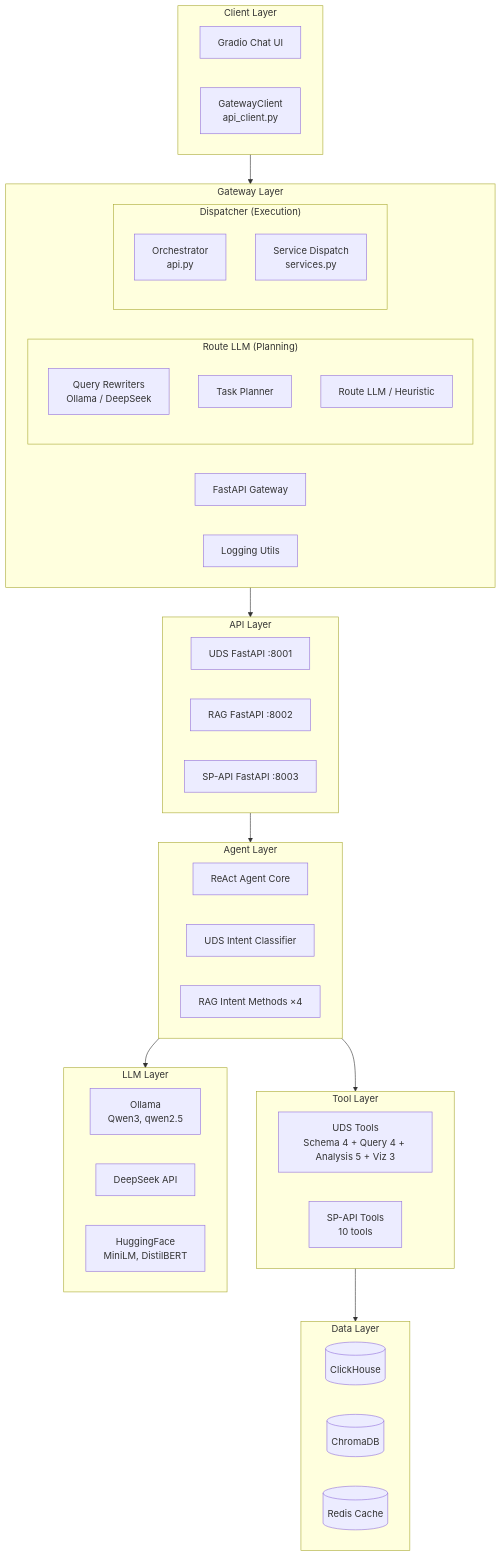
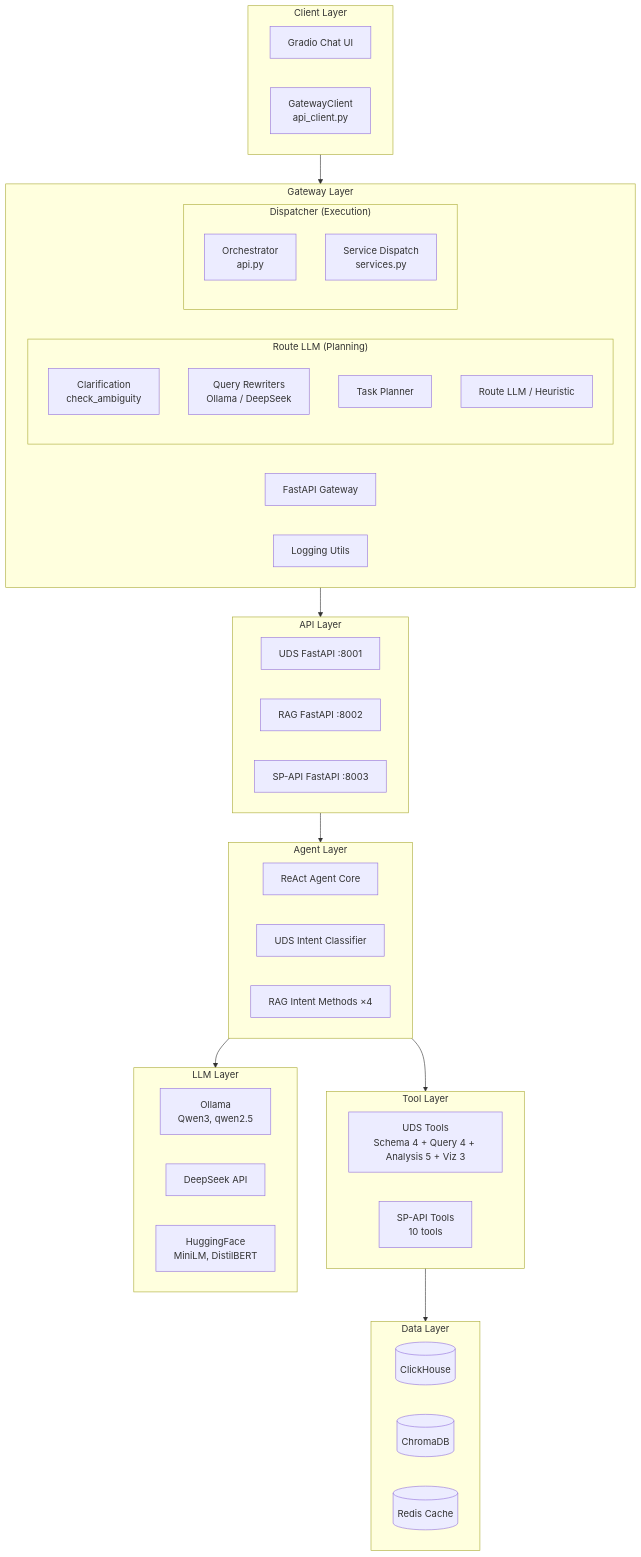
One commit to lenhop/IC-RAG-Agent changed the second of 13 diagrams in docs/FRAMEWORK.md. Above: the diagram before and after it, drawn with Mermaid. The commit also changed other lines of this file and 14 other files, not shown here.

````diff
--- a/docs/FRAMEWORK.md
+++ b/docs/FRAMEWORK.md
@@ -114,54 +114,55 @@
 ```mermaid
 flowchart TB
     subgraph L0["Client Layer"]
         Gradio[Gradio Chat UI]
         APIClient[GatewayClient<br/>api_client.py]
     end
 
     subgraph L1["Gateway Layer"]
         GatewayAPI[FastAPI Gateway]
         subgraph RL["Route LLM (Planning)"]
+            Clarify[Clarification<br/>check_ambiguity]
             Rewriters[Query Rewriters<br/>Ollama / DeepSeek]
             Planner[Planner + Correction]
             RouteLLMMod[Route LLM / Heuristic]
         end
         subgraph Disp["Dispatcher (Execution)"]
             Orch[Orchestrator<br/>api.py]
             Services[Service Dispatch<br/>services.py]
         end
         LogUtils[Logging Utils]
     end
 
     subgraph L2["API Layer"]
         UDS_API[UDS FastAPI :8001]
         RAG_API[RAG FastAPI :8002]
         SP_API[SP-API FastAPI :8003]
     end
 
     subgraph L3["Agent Layer"]
         ReAct[ReAct Agent Core]
         UDS_Intent[UDS Intent Classifier]
         RAG_Intent[RAG Intent Methods ×4]
         Planner[Task Planner]
     end
 
     subgraph L4["Tool Layer"]
         UDS_Tools[UDS Tools<br/>Schema 4 + Query 4 + Analysis 5 + Viz 3]
         SP_Tools[SP-API Tools<br/>10 tools]
     end
 
     subgraph L5["Data Layer"]
         ClickHouse[(ClickHouse)]
         ChromaDB[(ChromaDB)]
         Redis[(Redis Cache)]
     end
 
     subgraph L6["LLM Layer"]
         Ollama[Ollama<br/>Qwen3, qwen2.5]
         DeepSeek[DeepSeek API]
         HF[HuggingFace<br/>MiniLM, DistilBERT]
     end
 
     L0 --> L1 --> L2 --> L3 --> L4 --> L5
     L3 --> L6
 ```
````
